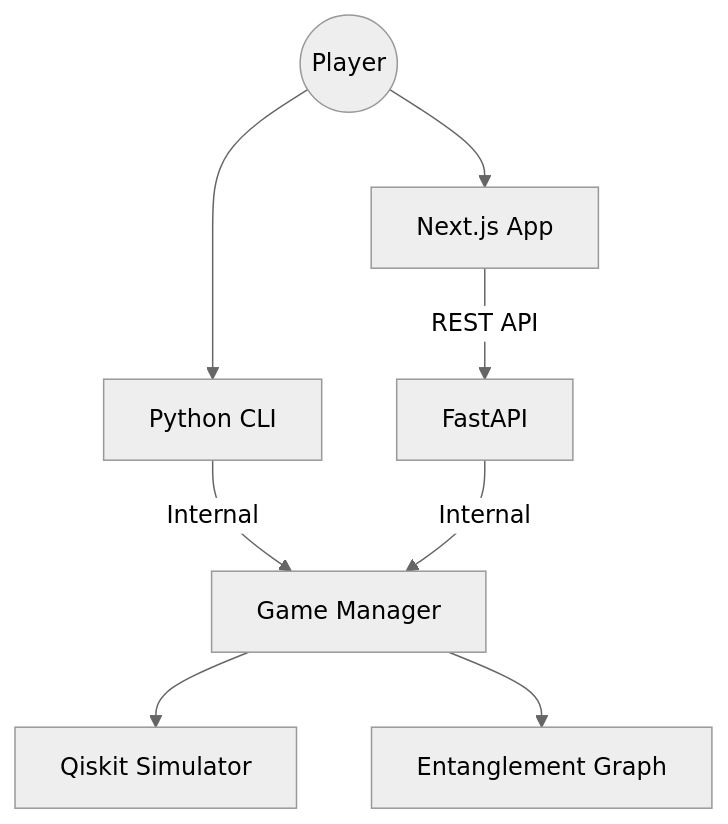
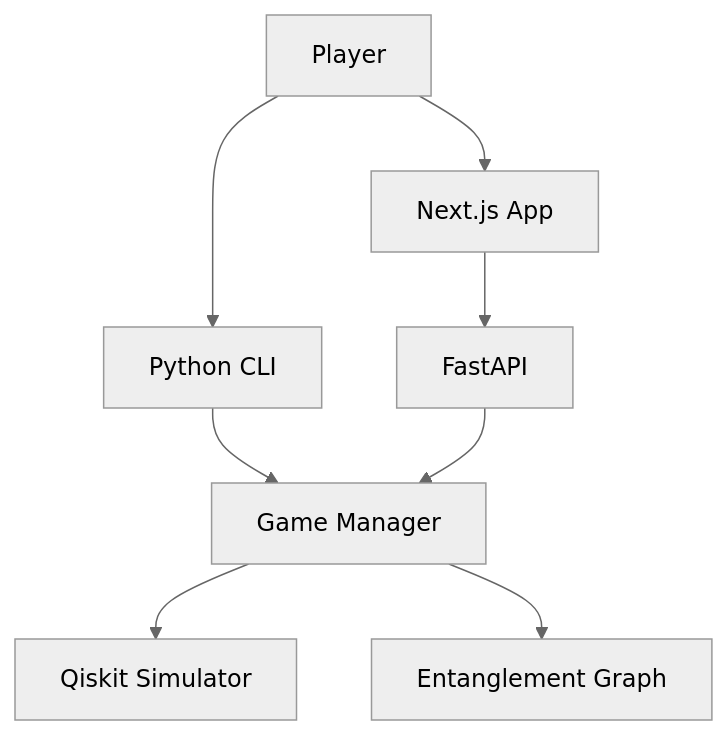
Before and after one commit to Temitope15/Quantum-tic-tac-toe: the first of 2 diagrams in README.md, drawn with Mermaid (neutral theme). The commit also changed other lines of this file and 1 other file, not shown here.

Commit message:
chore: move runtime configuration to project root and update README documentation and diagrams

````diff
--- a/README.md
+++ b/README.md
@@ -169,10 +172,10 @@
 ```mermaid
 graph TD
-    User((Player)) --> Frontend[Next.js App]
+    User[Player] --> Frontend[Next.js App]
     User --> CLI[Python CLI]
-    Frontend -- REST API --> Backend[FastAPI]
-    CLI -- Internal --> Engine[Game Manager]
-    Backend -- Internal --> Engine
+    Frontend --> Backend[FastAPI]
+    CLI --> Engine[Game Manager]
+    Backend --> Engine
     Engine --> Qiskit[Qiskit Simulator]
     Engine --> Graph[Entanglement Graph]
 ```
````
